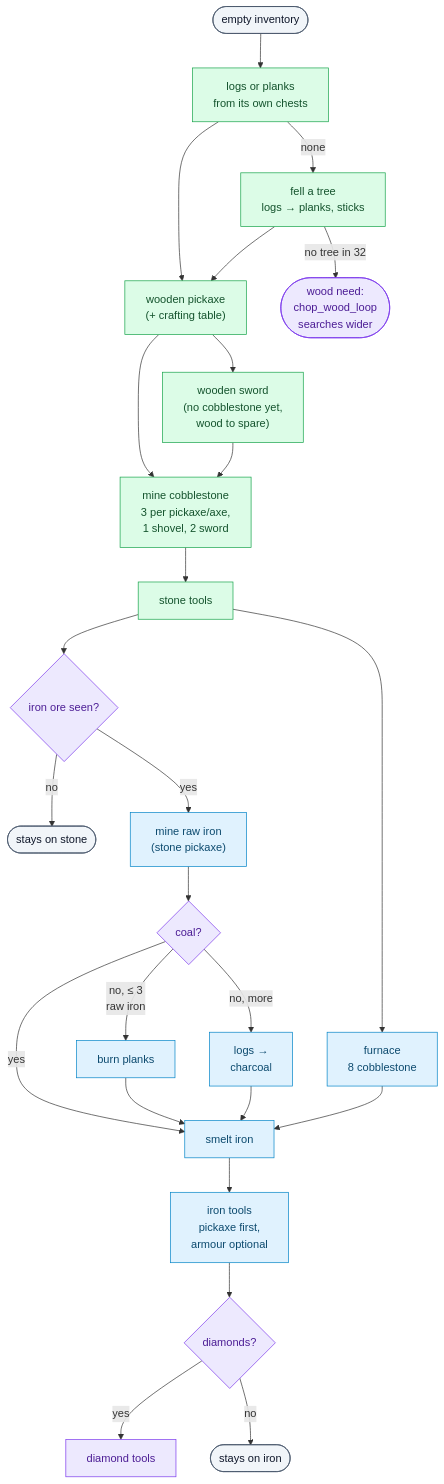
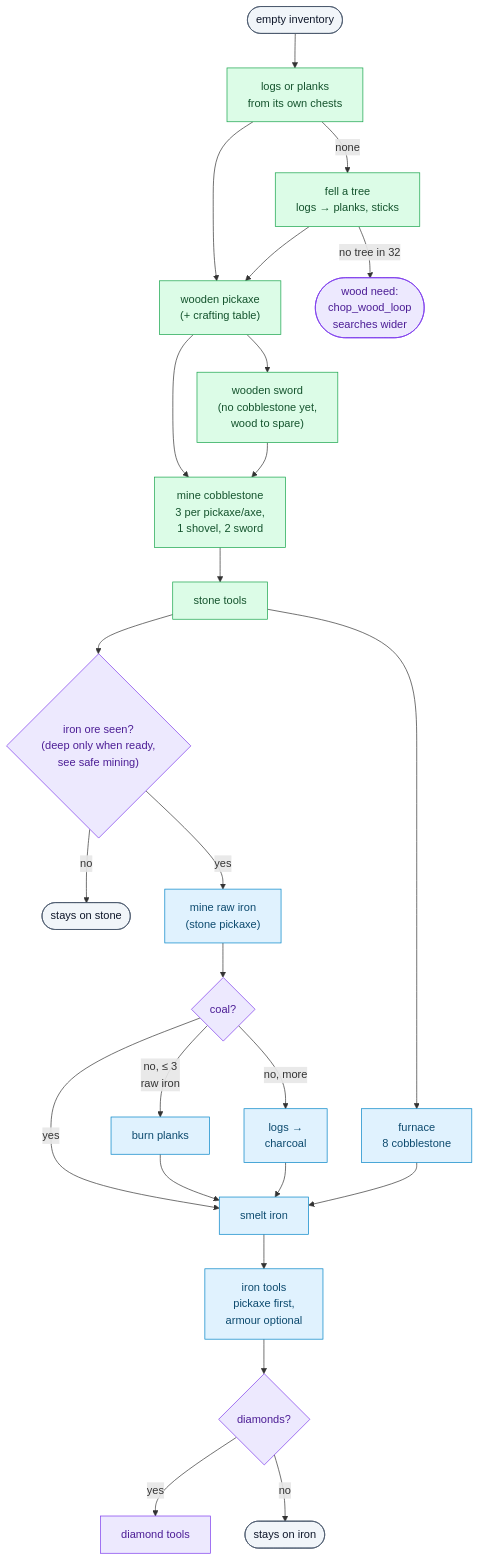
Before and after one commit to thereisnotime/golemkit: the first of 2 diagrams in docs/guide/progression.md, drawn with Mermaid. The commit also changed other lines of this file and 13 other files, not shown here.

Commit message:
docs, spec: safe mining and death causes

````diff
--- a/docs/guide/progression.md
+++ b/docs/guide/progression.md
@@ -14,35 +14,35 @@
 ```mermaid
 flowchart TD
   START(["empty inventory"]) --> CHEST["logs or planks<br/>from its own chests"]
   CHEST -->|none| LOGS["fell a tree<br/>logs → planks, sticks"]
   CHEST --> WP
   LOGS -->|"no tree in 32"| NEED(["wood need:<br/>chop_wood_loop<br/>searches wider"])
   LOGS --> WP["wooden pickaxe<br/>(+ crafting table)"]
   WP --> SW["wooden sword<br/>(no cobblestone yet,<br/>wood to spare)"]
   WP --> COB
   SW --> COB["mine cobblestone<br/>3 per pickaxe/axe,<br/>1 shovel, 2 sword"]
   COB --> STONE["stone tools"]
   STONE --> FURN["furnace<br/>8 cobblestone"]
-  STONE --> ORE{"iron ore seen?"}
+  STONE --> ORE{"iron ore seen?<br/>(deep only when ready,<br/>see safe mining)"}
   ORE -->|no| STOPS(["stays on stone"])
   ORE -->|yes| RAW["mine raw iron<br/>(stone pickaxe)"]
   RAW --> FUEL{"coal?"}
   FUEL -->|yes| SMELT["smelt iron"]
   FUEL -->|"no, ≤ 3<br/>raw iron"| PLANKS["burn planks"] --> SMELT
   FUEL -->|"no, more"| CHAR["logs →<br/>charcoal"] --> SMELT
   FURN --> SMELT
   SMELT --> IRON["iron tools<br/>pickaxe first,<br/>armour optional"]
   IRON --> DIA{"diamonds?"}
   DIA -->|yes| DT["diamond tools"]
   DIA -->|no| STOPI(["stays on iron"])
 
   classDef cmd fill:#f1f5f9,stroke:#475569,color:#0f172a
   classDef prof fill:#dcfce7,stroke:#16a34a,color:#14532d
   classDef vari fill:#e0f2fe,stroke:#0284c7,color:#0c4a6e
   classDef inst fill:#ede9fe,stroke:#7c3aed,color:#4c1d95
   class START,STOPS,STOPI cmd
   class LOGS,WP,COB,STONE,CHEST,SW prof
   class NEED inst
   class FURN,RAW,SMELT,PLANKS,CHAR,IRON vari
   class ORE,FUEL,DIA,DT inst
 ```
````
